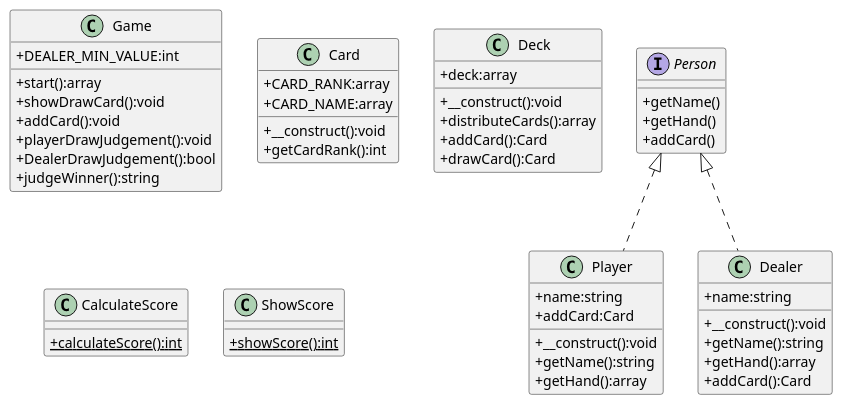
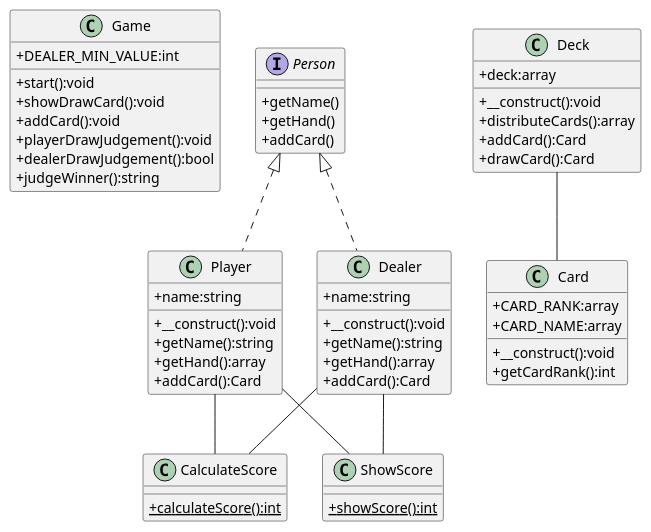
The diagram in class.pu (tneofull/BlackJack), drawn with PlantUML before and after one commit.

Commit message:
クラス図の修正

```diff
--- a/class.pu
+++ b/class.pu
@@ -1,65 +1,70 @@
 @startuml
 skinparam classAttributeIconSize 0
 
 class Game {
   +DEALER_MIN_VALUE:int
-  +start():array
+  +start():void
   +showDrawCard():void
   +addCard():void
   +playerDrawJudgement():void
-  +DealerDrawJudgement():bool
+  +dealerDrawJudgement():bool
   +judgeWinner():string
 }
 
 interface Person {
   +getName()
   +getHand()
   +addCard()
 }
 
 class Player implements Person {
   +name:string
   +__construct():void
   +getName():string
   +getHand():array
-  +addCard:Card
+  +addCard():Card
 }
 
 class Dealer implements Person {
   +name:string
   +__construct():void
   +getName():string
   +getHand():array
   +addCard():Card
 }
 
 class Card {
   +CARD_RANK:array
   +CARD_NAME:array
   ' -suit:string
   ' -num:string
   +__construct():void
   +getCardRank():int
   ' +getSuit():string
   ' +getNum():mixed
   ' +getCardName():string
 }
 
 class Deck {
   +deck:array
   +__construct():void
   +distributeCards():array
   +addCard():Card
   +drawCard():Card
 }
 
 class CalculateScore {
   {static}+calculateScore():int
 }
 
 class ShowScore {
   {static}+showScore():int
 }
 
+Player -- CalculateScore
+Dealer -- CalculateScore
+Player -- ShowScore
+Dealer -- ShowScore
+Deck -- Card
 
 @enduml
```
